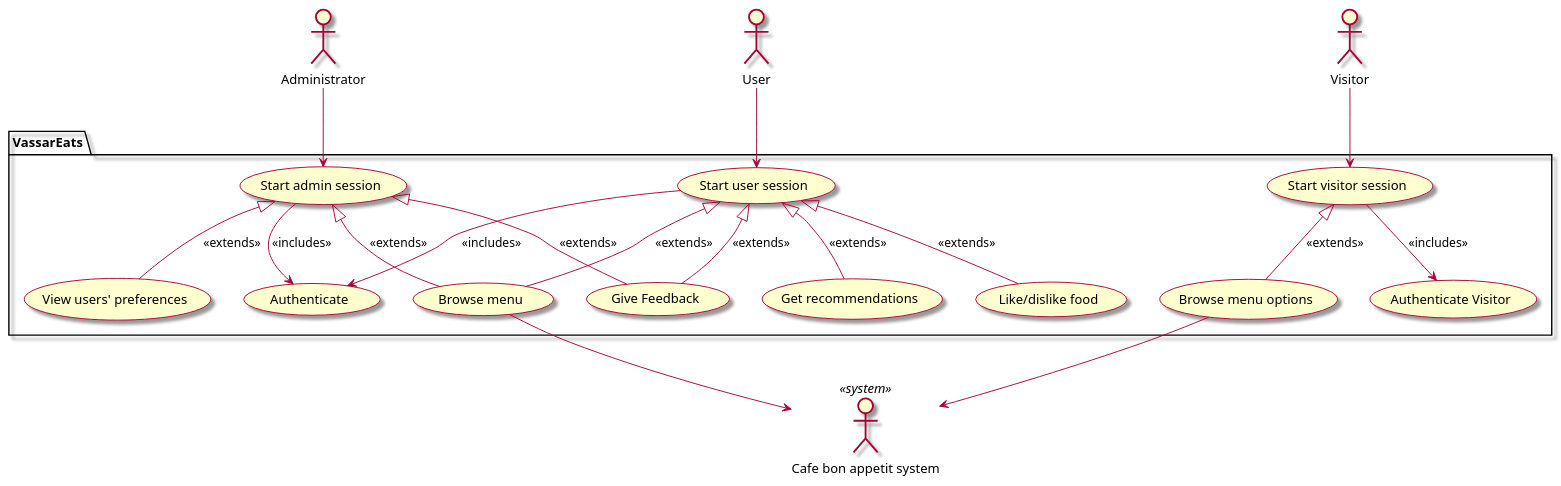
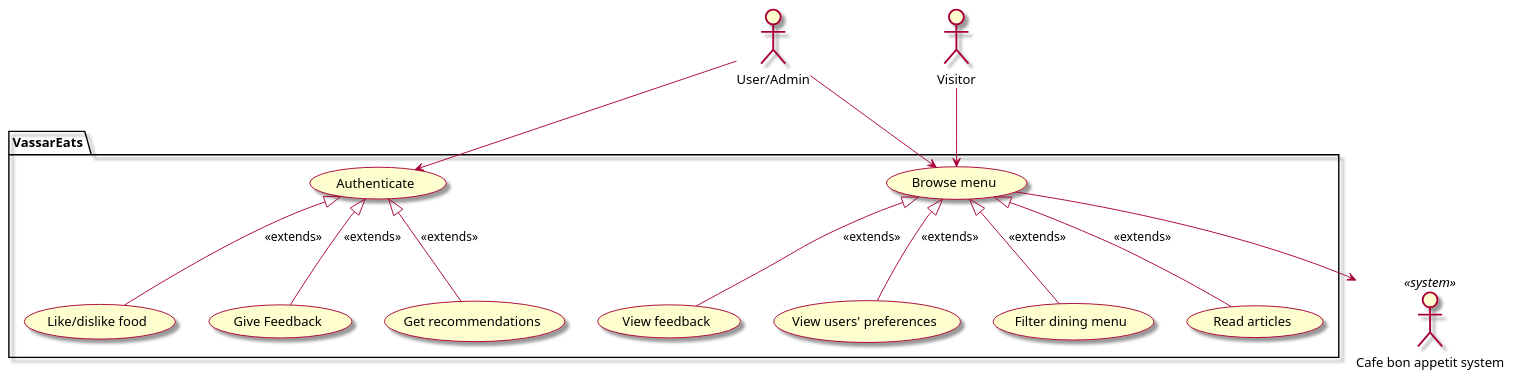
The diagram in intellij/doc/vision.md (EzekielEkanem/team-1d), drawn with PlantUML before and after one commit. The commit also changed other lines of this file and 1 other file, not shown here.

Commit message:
Updated vision.md and preference.md

````diff
--- a/intellij/doc/vision.md
+++ b/intellij/doc/vision.md
@@ -34,51 +35,41 @@
 ```plantuml
 skin rose
 
 ' human actors
-actor "Administrator" as admin
-actor "User" as user
+actor "User/Admin" as user
 actor "Visitor" as visitor
 
 ' system actors
 actor "Cafe bon appetit system" <<system>> as cafebonappetit
 
 ' list all use cases in package
 package VassarEats{
     usecase "Authenticate" as authenticate
-    usecase "Authenticate Visitor" as authenticateVisitor
-    usecase "Start admin session" as administerSystem
-    usecase "Start user session" as startUserSession
-    usecase "Start visitor session" as startVisitorSession
     
     usecase "Browse menu" as browseMenu
-    usecase "Browse menu options" as browseMenuOptions
     usecase "Like/dislike food" as preferenceType
     usecase "Give Feedback" as giveFeedback
     usecase "Get recommendations" as getRecommendations
     usecase "View users' preferences" as viewUsersPreferences
+    usecase "Filter dining menu" as filterOptions
+    usecase "Read articles" as readArticles
+    usecase "View feedback" as viewFeedback
 }
 
 ' list relationships between actors and use cases
-admin --> administerSystem
-user --> startUserSession
-visitor --> startVisitorSession
+user --> browseMenu
+user --> authenticate
+visitor --> browseMenu
 
-startUserSession --> authenticate : <<includes>>
-startUserSession <|-- browseMenu : <<extends>>
-startUserSession <|-- giveFeedback : <<extends>>
+browseMenu <|-- viewUsersPreferences : <<extends>>
+browseMenu <|-- filterOptions : <<extends>>
+browseMenu <|-- readArticles : <<extends>>
+browseMenu <|-- viewFeedback : <<extends>>
 
-administerSystem --> authenticate : <<includes>>
-administerSystem <|-- browseMenu : <<extends>>
-administerSystem <|-- giveFeedback : <<extends>>
-administerSystem <|-- viewUsersPreferences : <<extends>>
-
-startUserSession <|-- preferenceType : <<extends>>
-startUserSession <|-- getRecommendations : <<extends>>
-
-startVisitorSession --> authenticateVisitor : <<includes>>
-startVisitorSession <|-- browseMenuOptions : <<extends>>
+authenticate <|-- giveFeedback : <<extends>>
+authenticate <|-- preferenceType : <<extends>>
+authenticate <|-- getRecommendations : <<extends>>
 
 ' system actors
 browseMenu --> cafebonappetit
-browseMenuOptions --> cafebonappetit
 ```
````
